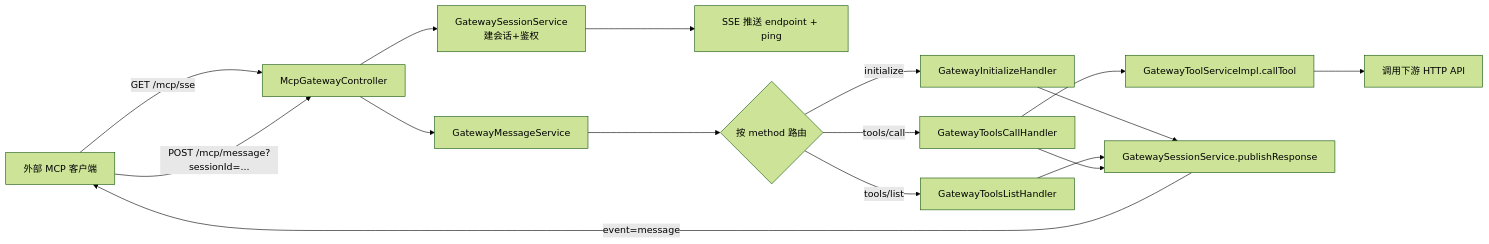
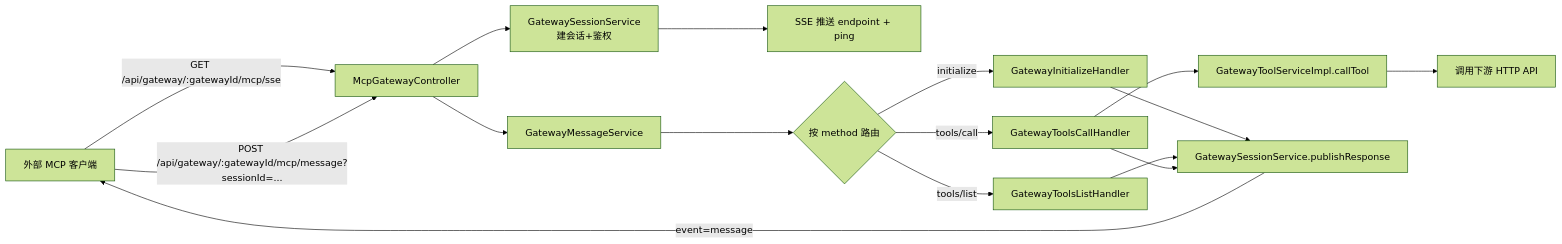
One commit to small-xiexu/ai-mcp-knowledge-study changed the fourth of 5 diagrams in docs/MCP-从0到1实战指南.md. Above: the diagram before and after it, drawn with Mermaid (forest theme). The commit also changed other lines of this file and 61 other files, not shown here.

````diff
--- a/docs/MCP-从0到1实战指南.md
+++ b/docs/MCP-从0到1实战指南.md
@@ -373,18 +421,18 @@
 ```mermaid
 flowchart LR
-    A[外部 MCP 客户端] -->|GET /mcp/sse| B[McpGatewayController]
+    A[外部 MCP 客户端] -->|GET /api/gateway/:gatewayId/mcp/sse| B[McpGatewayController]
     B --> C[GatewaySessionService<br/>建会话+鉴权]
     C --> D[SSE 推送 endpoint + ping]
-    A -->|POST /mcp/message?sessionId=...| B
+    A -->|POST /api/gateway/:gatewayId/mcp/message?sessionId=...| B
     B --> E[GatewayMessageService]
     E --> F{按 method 路由}
     F -->|initialize| G[GatewayInitializeHandler]
     F -->|tools/list| H[GatewayToolsListHandler]
     F -->|tools/call| I[GatewayToolsCallHandler]
     I --> J[GatewayToolServiceImpl.callTool]
     J --> K[调用下游 HTTP API]
     G --> L[GatewaySessionService.publishResponse]
     H --> L
     I --> L
     L -->|event=message| A
 ```
````
